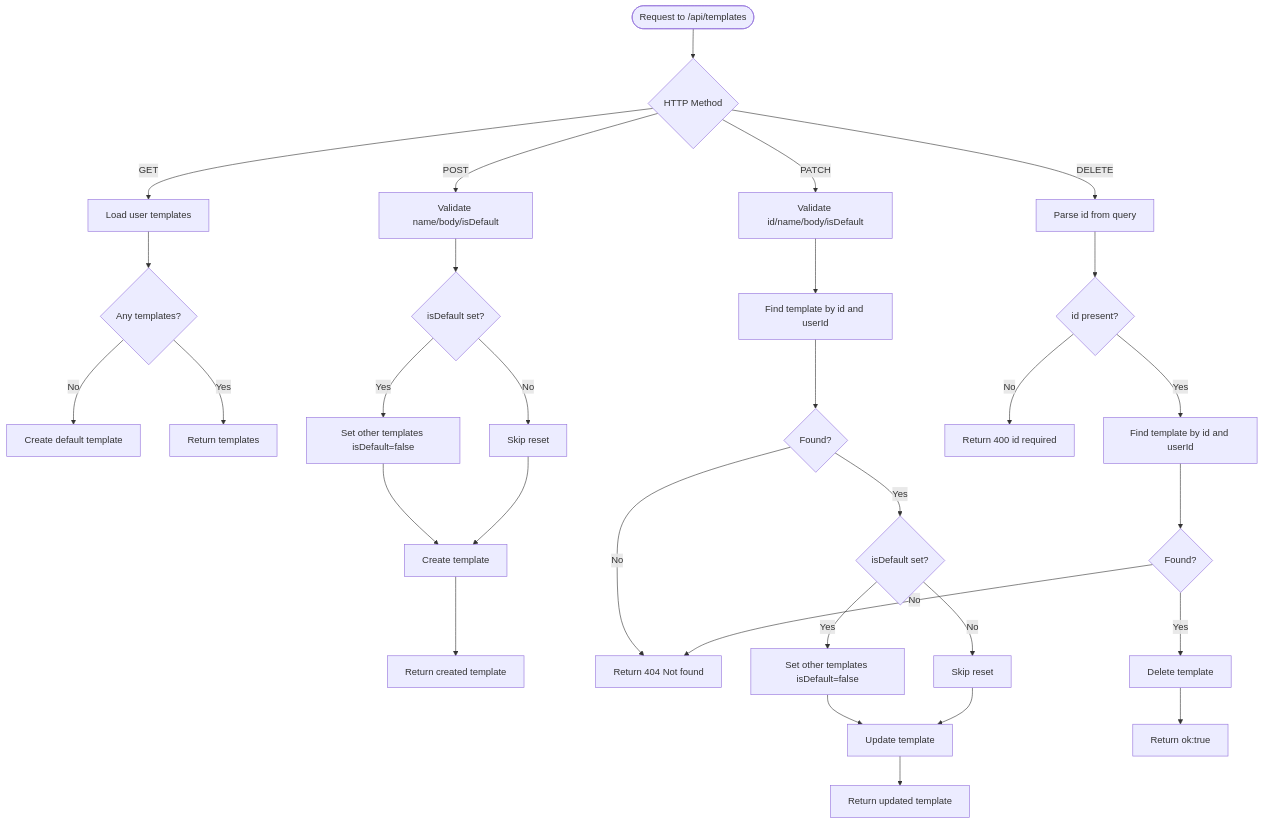
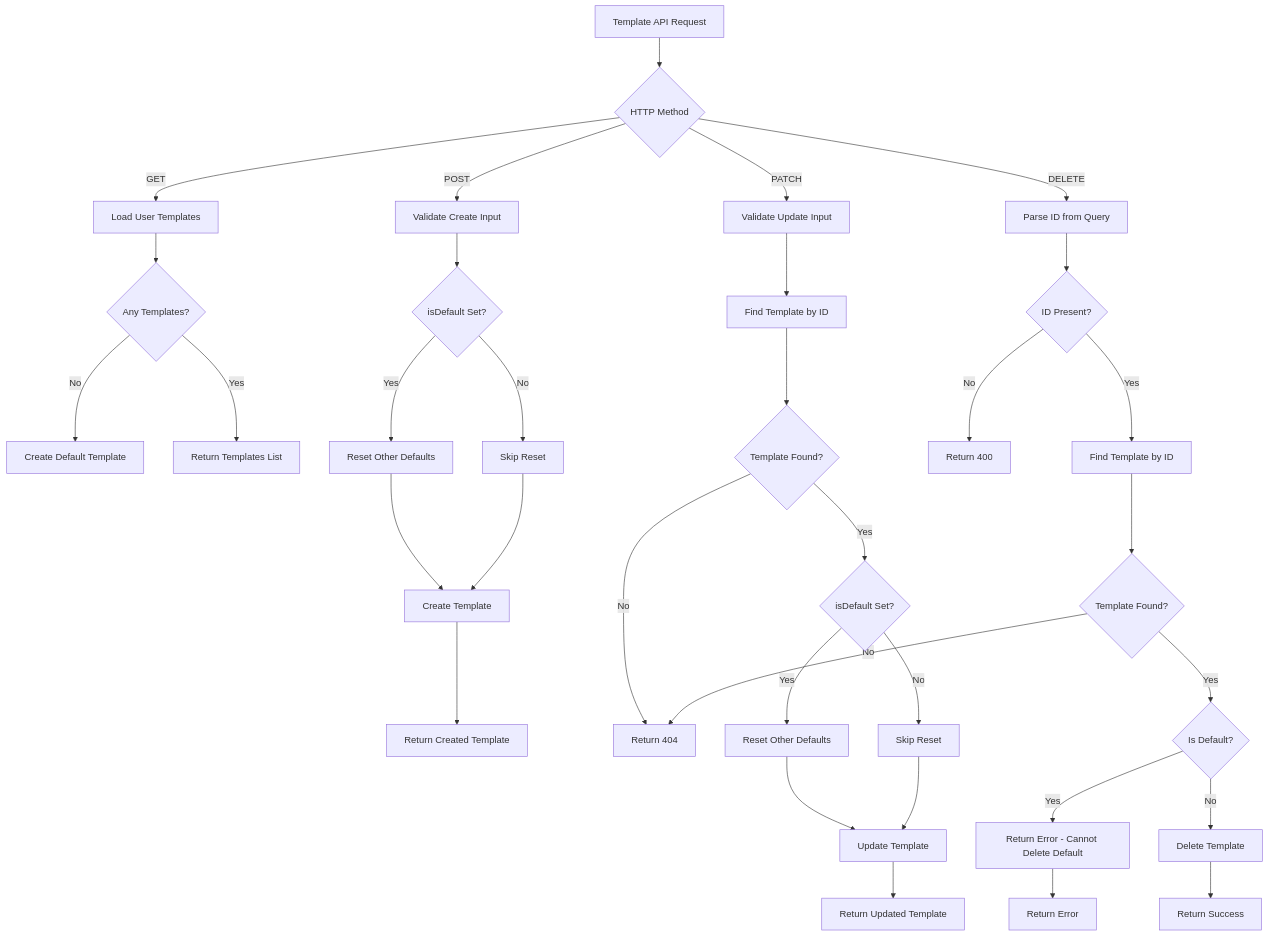
The fourth of 9 diagrams in .qoder/repowiki/en/content/Settings and Configuration/Template Management.md (jrj444/git-daily), drawn with Mermaid before and after one commit. The commit also changed other lines of this file and 26 other files, not shown here.

````diff
--- a/.qoder/repowiki/en/content/Settings and Configuration/Template Management.md
+++ b/.qoder/repowiki/en/content/Settings and Configuration/Template Management.md
@@ -130,33 +230,36 @@
 ```mermaid
 flowchart TD
-Start(["Request to /api/templates"]) --> Method{"HTTP Method"}
-Method --> |GET| Load["Load user templates"]
-Load --> Empty{"Any templates?"}
-Empty --> |No| CreateDefault["Create default template"]
-Empty --> |Yes| ReturnList["Return templates"]
-Method --> |POST| ValidateCreate["Validate name/body/isDefault"]
-ValidateCreate --> ResetDefault{"isDefault set?"}
-ResetDefault --> |Yes| ClearOld["Set other templates isDefault=false"]
-ResetDefault --> |No| SkipReset["Skip reset"]
-ClearOld --> SaveNew["Create template"]
-SkipReset --> SaveNew
-SaveNew --> ReturnCreated["Return created template"]
-Method --> |PATCH| ValidateUpdate["Validate id/name/body/isDefault"]
-ValidateUpdate --> FindTpl["Find template by id and userId"]
-FindTpl --> Found{"Found?"}
-Found --> |No| NotFound["Return 404 Not found"]
-Found --> |Yes| UpdateDefault{"isDefault set?"}
-UpdateDefault --> |Yes| ClearOld2["Set other templates isDefault=false"]
-UpdateDefault --> |No| SkipReset2["Skip reset"]
-ClearOld2 --> SaveUpdated["Update template"]
-SkipReset2 --> SaveUpdated
-SaveUpdated --> ReturnUpdated["Return updated template"]
-Method --> |DELETE| ParseId["Parse id from query"]
-ParseId --> HasId{"id present?"}
-HasId --> |No| BadReq["Return 400 id required"]
-HasId --> |Yes| FindDel["Find template by id and userId"]
-FindDel --> Exists{"Found?"}
-Exists --> |No| NotFound
-Exists --> |Yes| Delete["Delete template"]
-Delete --> ReturnOk["Return ok:true"]
+Request["Template API Request"] --> Method{"HTTP Method"}
+Method --> |GET| LoadTemplates["Load User Templates"]
+LoadTemplates --> CheckCount{"Any Templates?"}
+CheckCount --> |No| CreateDefault["Create Default Template"]
+CheckCount --> |Yes| ReturnTemplates["Return Templates List"]
+Method --> |POST| ValidateCreate["Validate Create Input"]
+ValidateCreate --> CheckDefault{"isDefault Set?"}
+CheckDefault --> |Yes| ResetDefaults["Reset Other Defaults"]
+CheckDefault --> |No| SkipReset["Skip Reset"]
+ResetDefaults --> CreateTemplate["Create Template"]
+SkipReset --> CreateTemplate
+CreateTemplate --> ReturnCreated["Return Created Template"]
+Method --> |PATCH| ValidateUpdate["Validate Update Input"]
+ValidateUpdate --> FindTemplate["Find Template by ID"]
+FindTemplate --> CheckFound{"Template Found?"}
+CheckFound --> |No| NotFound["Return 404"]
+CheckFound --> |Yes| CheckDefault2{"isDefault Set?"}
+CheckDefault2 --> |Yes| ResetDefaults2["Reset Other Defaults"]
+CheckDefault2 --> |No| SkipReset2["Skip Reset"]
+ResetDefaults2 --> UpdateTemplate["Update Template"]
+SkipReset2 --> UpdateTemplate
+UpdateTemplate --> ReturnUpdated["Return Updated Template"]
+Method --> |DELETE| ParseQuery["Parse ID from Query"]
+ParseQuery --> CheckID{"ID Present?"}
+CheckID --> |No| BadRequest["Return 400"]
+CheckID --> |Yes| FindDelete["Find Template by ID"]
+FindDelete --> CheckExists{"Template Found?"}
+CheckExists --> |No| NotFound
+CheckExists --> |Yes| CheckDefault3{"Is Default?"}
+CheckDefault3 --> |Yes| ProtectDefault["Return Error - Cannot Delete Default"]
+CheckDefault3 --> |No| DeleteTemplate["Delete Template"]
+ProtectDefault --> ReturnError["Return Error"]
+DeleteTemplate --> ReturnSuccess["Return Success"]
 ```
````
